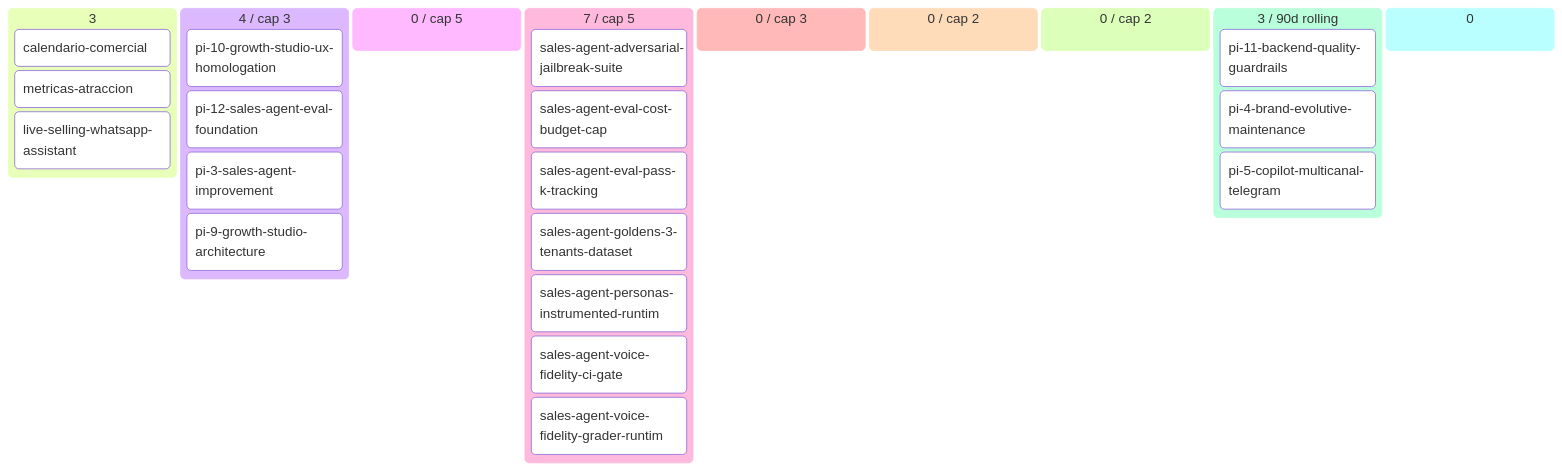
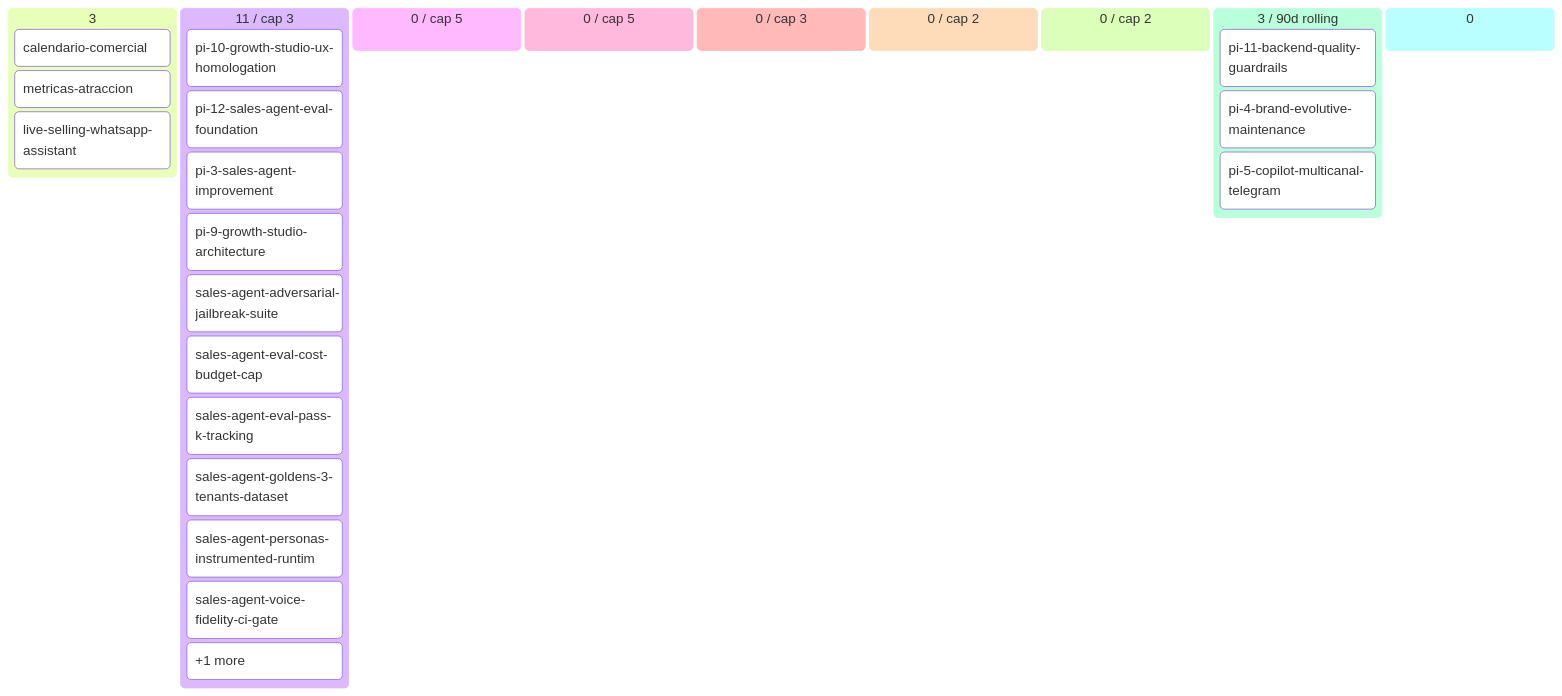
One commit to alpacapurpura/ap_sales_agent changed the diagram in docs/product/BACKLOG.md. Above: the diagram before and after it, drawn with Mermaid. The commit also changed other lines of this file and 8 other files, not shown here.

First line of the commit message:
feat(pm): F5 Ola 3b — migrate 7 PI-12 checkpoints to v4 schema (state=refining)

````diff
--- a/docs/product/BACKLOG.md
+++ b/docs/product/BACKLOG.md
@@ -55,29 +56,29 @@
 ```mermaid
 kanban
   💡 Ideas (3)
     calendario-comercial[calendario-comercial]
     metricas-atraccion[metricas-atraccion]
     live-selling-whatsapp-assistan[live-selling-whatsapp-assistant]
-  🔬 Refining (4 / cap 3)
+  🔬 Refining (11 / cap 3)
     pi-10-growth-studio-ux-homolog[pi-10-growth-studio-ux-homologation]
     pi-12-sales-agent-eval-foundat[pi-12-sales-agent-eval-foundation]
     pi-3-sales-agent-improvement[pi-3-sales-agent-improvement]
     pi-9-growth-studio-architectur[pi-9-growth-studio-architecture]
-  ✅ Refined (0 / cap 5)
-  📦 Ready (7 / cap 5)
     sales-agent-adversarial-jailbr[sales-agent-adversarial-jailbreak-suite]
     sales-agent-eval-cost-budget-c[sales-agent-eval-cost-budget-cap]
     sales-agent-eval-pass-k-tracki[sales-agent-eval-pass-k-tracking]
     sales-agent-goldens-3-tenants-[sales-agent-goldens-3-tenants-dataset]
     sales-agent-personas-instrumen[sales-agent-personas-instrumented-runtim]
     sales-agent-voice-fidelity-ci-[sales-agent-voice-fidelity-ci-gate]
-    sales-agent-voice-fidelity-gra[sales-agent-voice-fidelity-grader-runtim]
+    overflow-🔬 Refining[+1 more]
+  ✅ Refined (0 / cap 5)
+  📦 Ready (0 / cap 5)
   🔨 Developing (0 / cap 3)
   🧪 Developed (0 / cap 2)
   🔍 Reviewing (0 / cap 2)
   ✅ Done (3 / 90d rolling)
     pi-11-backend-quality-guardrai[pi-11-backend-quality-guardrails]
     pi-4-brand-evolutive-maintenan[pi-4-brand-evolutive-maintenance]
     pi-5-copilot-multicanal-telegr[pi-5-copilot-multicanal-telegram]
   🅿 Parked (0)
 ```
````
